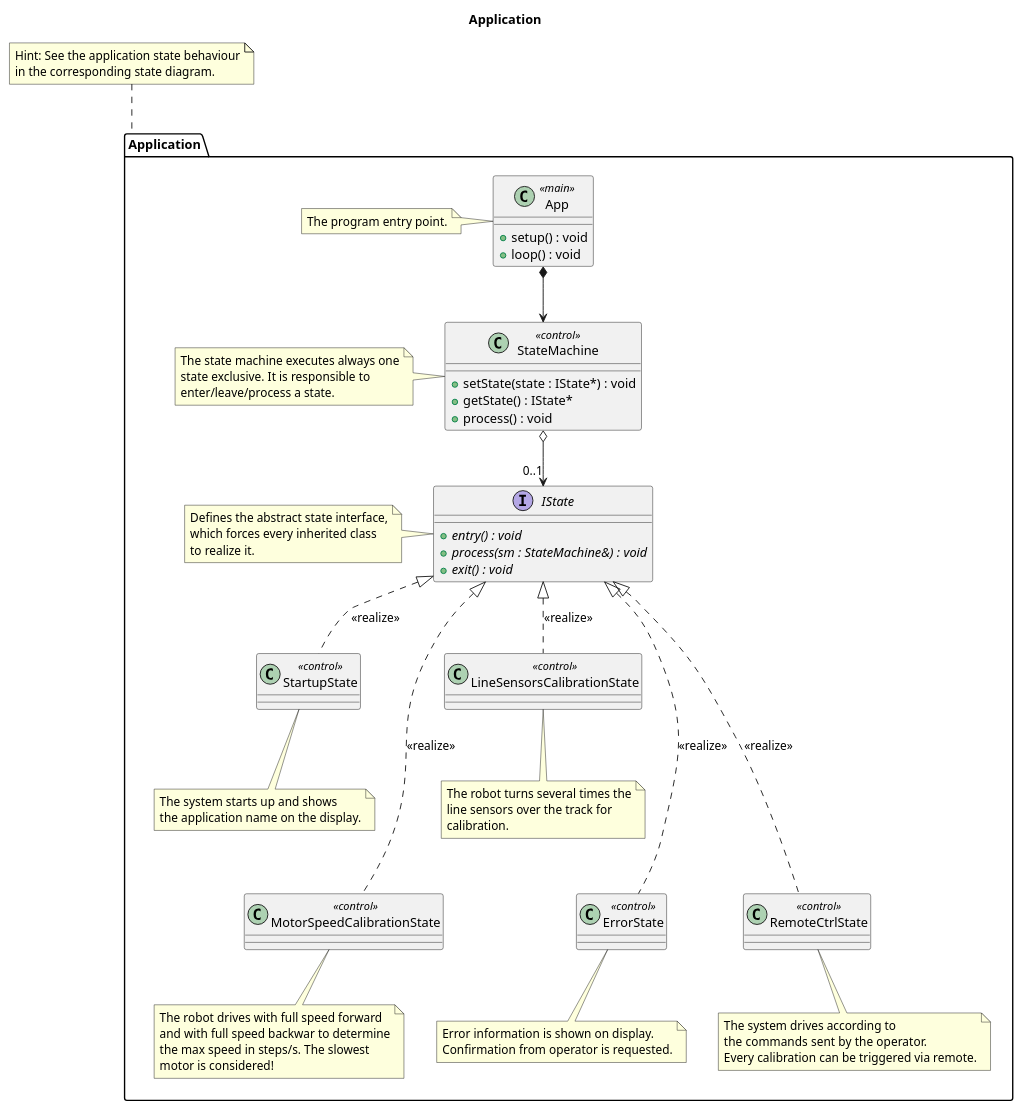
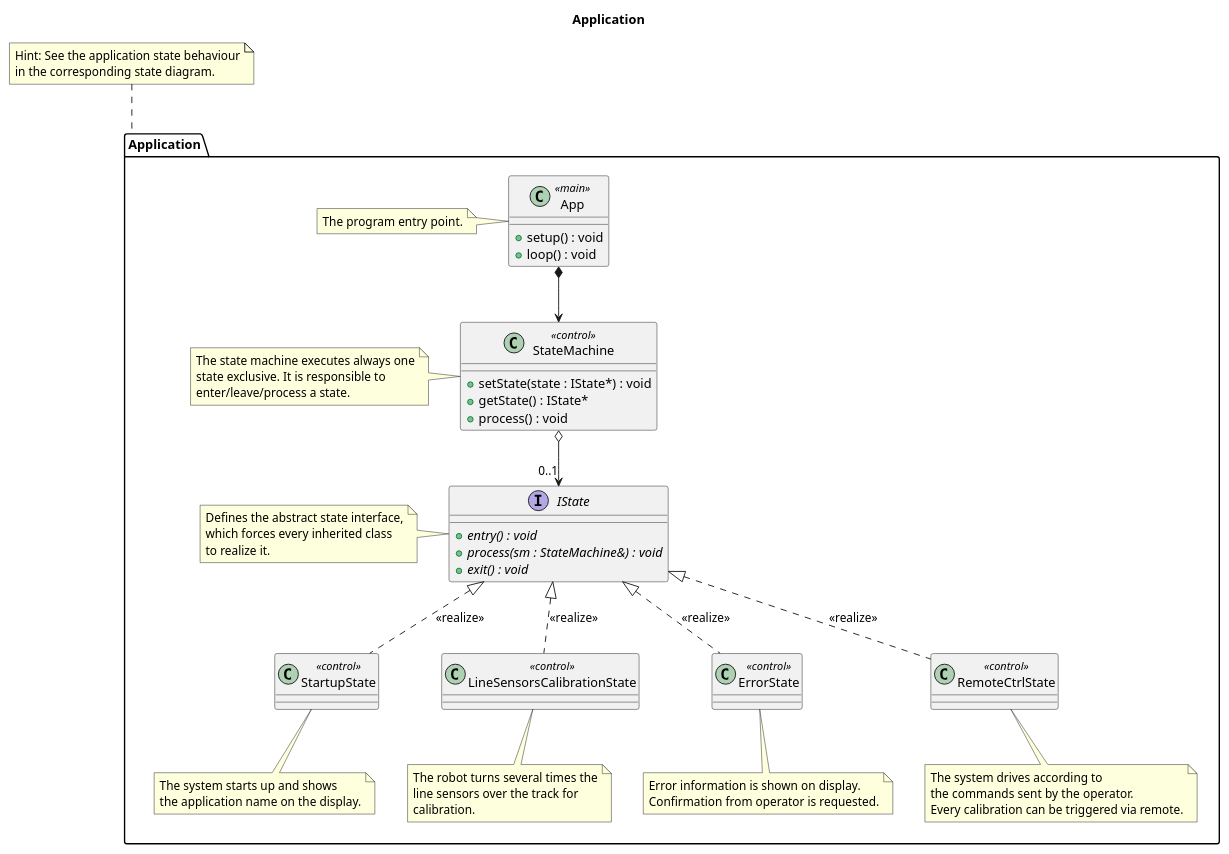
Before and after one commit to BlueAndi/RadonUlzer: the diagram in doc/architecture/uml/LogicalView/RemoteControl/Application.plantuml, drawn with PlantUML. The commit also changed 6 other files, not shown here.

Commit message:
Architecture especially for remote control application updated.

```diff
--- a/doc/architecture/uml/LogicalView/RemoteControl/Application.plantuml
+++ b/doc/architecture/uml/LogicalView/RemoteControl/Application.plantuml
@@ -1,91 +1,82 @@
 @startuml RemoteControl Application
 
 title Application
 
 package "Application" as appLayer {
 
     class App <<main>> {
         + setup() : void
         + loop() : void
     }
 
     note left of App
         The program entry point.
     end note
 
     class StateMachine <<control>> {
         + setState(state : IState*) : void
         + getState() : IState*
         + process() : void
     }
 
     note left of StateMachine
         The state machine executes always one
         state exclusive. It is responsible to
         enter/leave/process a state.
     end note
 
     interface IState {
         + {abstract} entry() : void
         + {abstract} process(sm : StateMachine&) : void
         + {abstract} exit() : void
     }
 
     note left of IState
         Defines the abstract state interface,
         which forces every inherited class
         to realize it.
     end note
 
     class StartupState <<control>>
-    class MotorSpeedCalibrationState <<control>>
     class LineSensorsCalibrationState <<control>>
     class ErrorState <<control>>
     class RemoteCtrlState <<control>>
 
     note bottom of StartupState
         The system starts up and shows
         the application name on the display.
-    end note
-
-    note bottom of MotorSpeedCalibrationState
-        The robot drives with full speed forward
-        and with full speed backwar to determine
-        the max speed in steps/s. The slowest
-        motor is considered!
     end note
 
     note bottom of LineSensorsCalibrationState
         The robot turns several times the
         line sensors over the track for
         calibration.
     end note
 
     note bottom of ErrorState
         Error information is shown on display.
         Confirmation from operator is requested.
     end note
 
     note bottom of RemoteCtrlState
         The system drives according to
         the commands sent by the operator.
         Every calibration can be triggered via remote.
     end note
 }
 
 note top of  appLayer
     Hint: See the application state behaviour
     in the corresponding state diagram.
 end note
 
 App *--> StateMachine
 
 StateMachine o--> "0..1" IState
 
 IState <|.. StartupState: <<realize>>
-IState <|.... MotorSpeedCalibrationState: <<realize>>
 IState <|.. LineSensorsCalibrationState: <<realize>>
-IState <|.... ErrorState: <<realize>>
-IState <|.... RemoteCtrlState: <<realize>>
+IState <|.. ErrorState: <<realize>>
+IState <|.. RemoteCtrlState: <<realize>>
 
 @enduml
```
